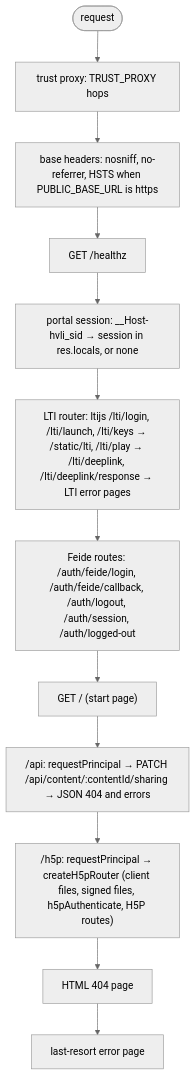
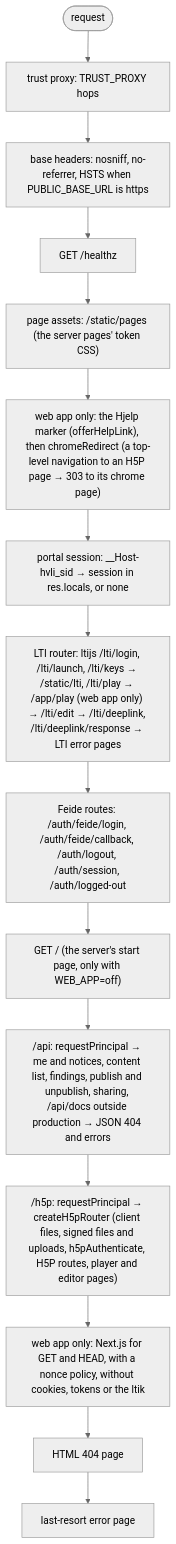
Before and after one commit to bobthebob58/HVL-INTERAKTIV: the third of 10 diagrams in apps/server/README.md, drawn with Mermaid (neutral theme). The commit also changed other lines of this file and 14 other files, not shown here.

````diff
--- a/apps/server/README.md
+++ b/apps/server/README.md
@@ -205,14 +219,17 @@
 ```mermaid
 flowchart TD
     In([request]) --> TP["trust proxy: TRUST_PROXY hops"]
     TP --> BH["base headers: nosniff, no-referrer, HSTS when PUBLIC_BASE_URL is https"]
     BH --> HZ["GET /healthz"]
-    HZ --> PS["portal session: __Host-hvli_sid → session in res.locals, or none"]
-    PS --> LTI["LTI router: ltijs /lti/login, /lti/launch, /lti/keys → /static/lti, /lti/play → /lti/deeplink, /lti/deeplink/response → LTI error pages"]
+    HZ --> PA["page assets: /static/pages (the server pages' token CSS)"]
+    PA --> CR["web app only: the Hjelp marker (offerHelpLink), then chromeRedirect (a top-level navigation to an H5P page → 303 to its chrome page)"]
+    CR --> PS["portal session: __Host-hvli_sid → session in res.locals, or none"]
+    PS --> LTI["LTI router: ltijs /lti/login, /lti/launch, /lti/keys → /static/lti, /lti/play → /app/play (web app only) → /lti/edit → /lti/deeplink, /lti/deeplink/response → LTI error pages"]
     LTI --> FE["Feide routes: /auth/feide/login, /auth/feide/callback, /auth/logout, /auth/session, /auth/logged-out"]
-    FE --> HOME["GET / (start page)"]
-    HOME --> API["/api: requestPrincipal → PATCH /api/content/:contentId/sharing → JSON 404 and errors"]
-    API --> H5P["/h5p: requestPrincipal → createH5pRouter (client files, signed files, h5pAuthenticate, H5P routes)"]
-    H5P --> NF["HTML 404 page"]
+    FE --> HOME["GET / (the server's start page, only with WEB_APP=off)"]
+    HOME --> API["/api: requestPrincipal → me and notices, content list, findings, publish and unpublish, sharing, /api/docs outside production → JSON 404 and errors"]
+    API --> H5P["/h5p: requestPrincipal → createH5pRouter (client files, signed files and uploads, h5pAuthenticate, H5P routes, player and editor pages)"]
+    H5P --> WEB["web app only: Next.js for GET and HEAD, with a nonce policy, without cookies, tokens or the ltik"]
+    WEB --> NF["HTML 404 page"]
     NF --> ERR["last-resort error page"]
 ```
````
